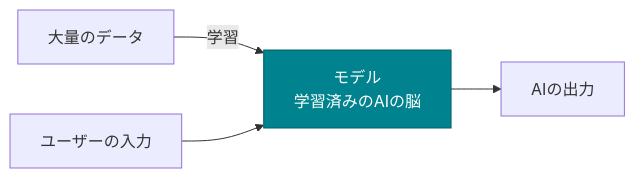
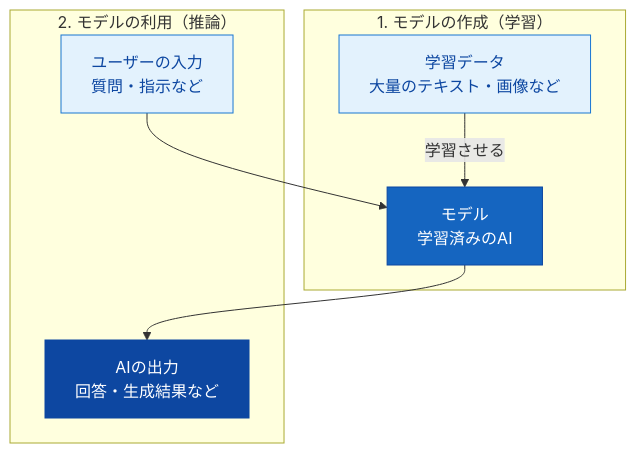
Before and after one commit to cyber-freaks-jp/AI_Driven_Development_Course: the second of 3 diagrams in book/pages/モデルとは.md, drawn with Mermaid. The commit also changed other lines of this file and 12 other files, not shown here.

````diff
--- a/book/pages/モデルとは.md
+++ b/book/pages/モデルとは.md
@@ -29,8 +34,16 @@
 ```mermaid
-graph LR
-    A[大量のデータ] -->|学習| B[モデル<br/>学習済みのAIの脳]
-    C[ユーザーの入力] --> B
-    B --> D[AIの出力]
+graph TB
+    subgraph 作成["1. モデルの作成（学習）"]
+        A[学習データ<br/>大量のテキスト・画像など] -->|学習させる| B[モデル<br/>学習済みのAI]
+    end
 
-    style B fill:#00838F,color:#FFFFFF,stroke:#006064
+    subgraph 利用["2. モデルの利用（推論）"]
+        C[ユーザーの入力<br/>質問・指示など] --> B
+        B --> D[AIの出力<br/>回答・生成結果など]
+    end
+
+    style A fill:#e3f2fd,color:#0d47a1,stroke:#1976d2
+    style B fill:#1565c0,color:#ffffff,stroke:#0d47a1
+    style C fill:#e3f2fd,color:#0d47a1,stroke:#1976d2
+    style D fill:#0d47a1,color:#ffffff,stroke:#0d47a1
 ```
````
